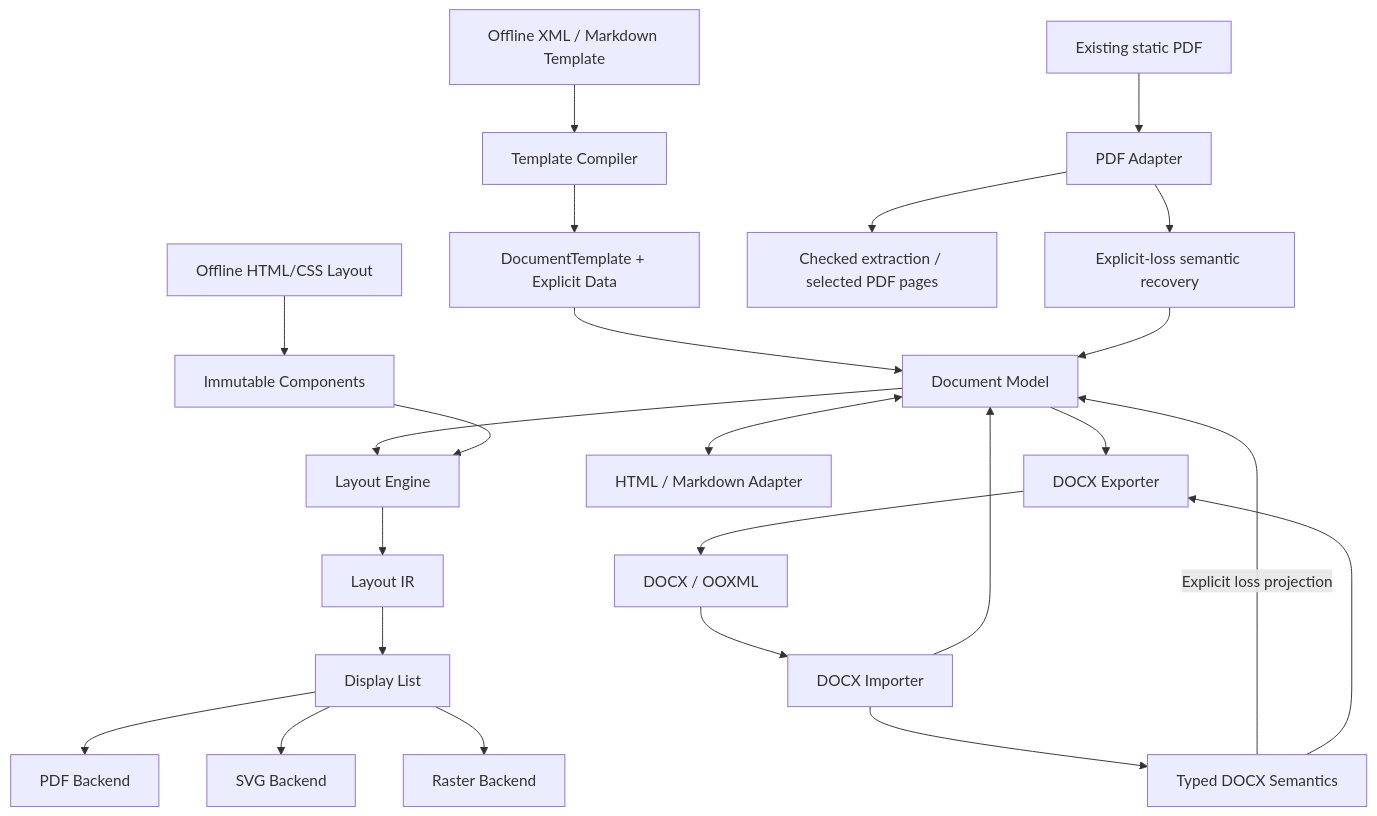
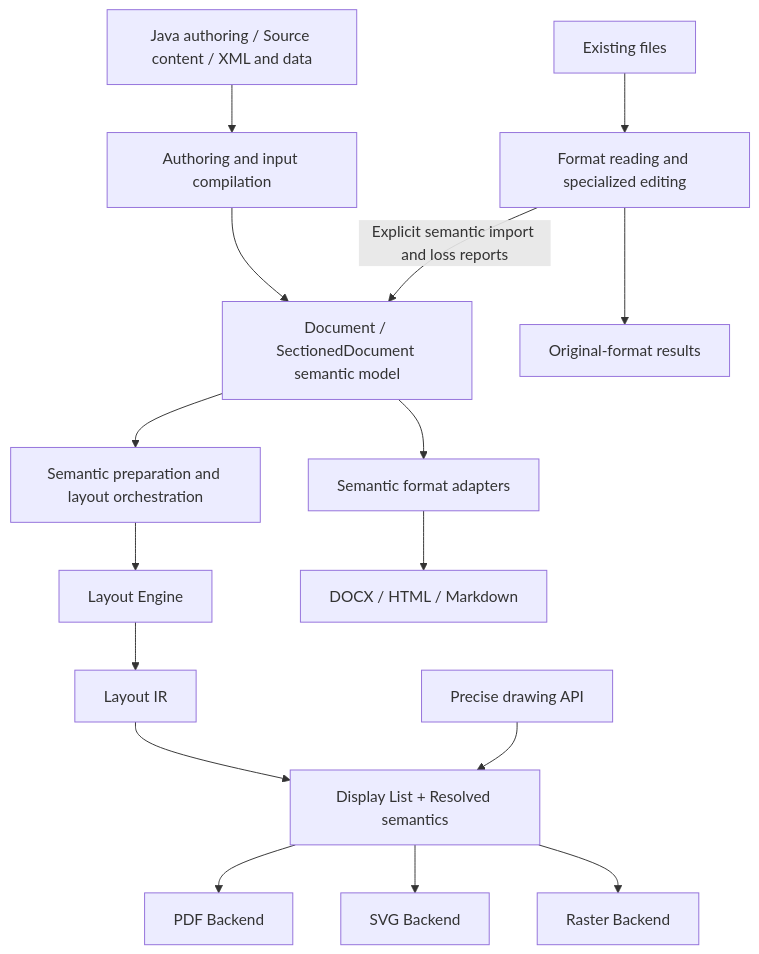
One commit to mirakyux/export4j changed the first of 2 diagrams in docs/en/architecture.md. Above: the diagram before and after it, drawn with Mermaid. The commit also changed other lines of this file and 11 other files, not shown here.

```diff
--- a/docs/en/architecture.md
+++ b/docs/en/architecture.md
@@ -7,26 +9,18 @@
 ~~~mermaid
 flowchart TD
-    M[Document Model] --> L[Layout Engine]
+    S[Java authoring / Source content / XML and data] --> A[Authoring and input compilation]
+    A --> M[Document / SectionedDocument semantic model]
+    M --> P[Semantic preparation and layout orchestration]
+    P --> L[Layout Engine]
     L --> IR[Layout IR]
-    IR --> DL[Display List]
+    IR --> DL[Display List + Resolved semantics]
     DL --> PDF[PDF Backend]
     DL --> SVG[SVG Backend]
     DL --> R[Raster Backend]
-    DOCX[DOCX / OOXML] --> I[DOCX Importer]
-    I --> M
-    I --> DS[Typed DOCX Semantics]
-    DS -->|Explicit loss projection| M
-    M <--> Web[HTML / Markdown Adapter]
-    M --> E[DOCX Exporter]
-    DS --> E
-    E --> DOCX
-    XML[Offline XML / Markdown Template] --> T[Template Compiler]
-    T --> B[DocumentTemplate + Explicit Data]
-    B --> M
-    CSS[Offline HTML/CSS Layout] --> C[Immutable Components]
-    C --> L
-    Existing[Existing static PDF] --> PA[PDF Adapter]
-    PA --> Combined[Checked extraction / selected PDF pages]
-    PA --> Recovery[Explicit-loss semantic recovery]
-    Recovery --> M
+    M --> E[Semantic format adapters]
+    E --> W[DOCX / HTML / Markdown]
+    G[Precise drawing API] --> DL
+    F[Existing files] --> I[Format reading and specialized editing]
+    I -->|Explicit semantic import and loss reports| M
+    I --> O[Original-format results]
 ~~~
```
